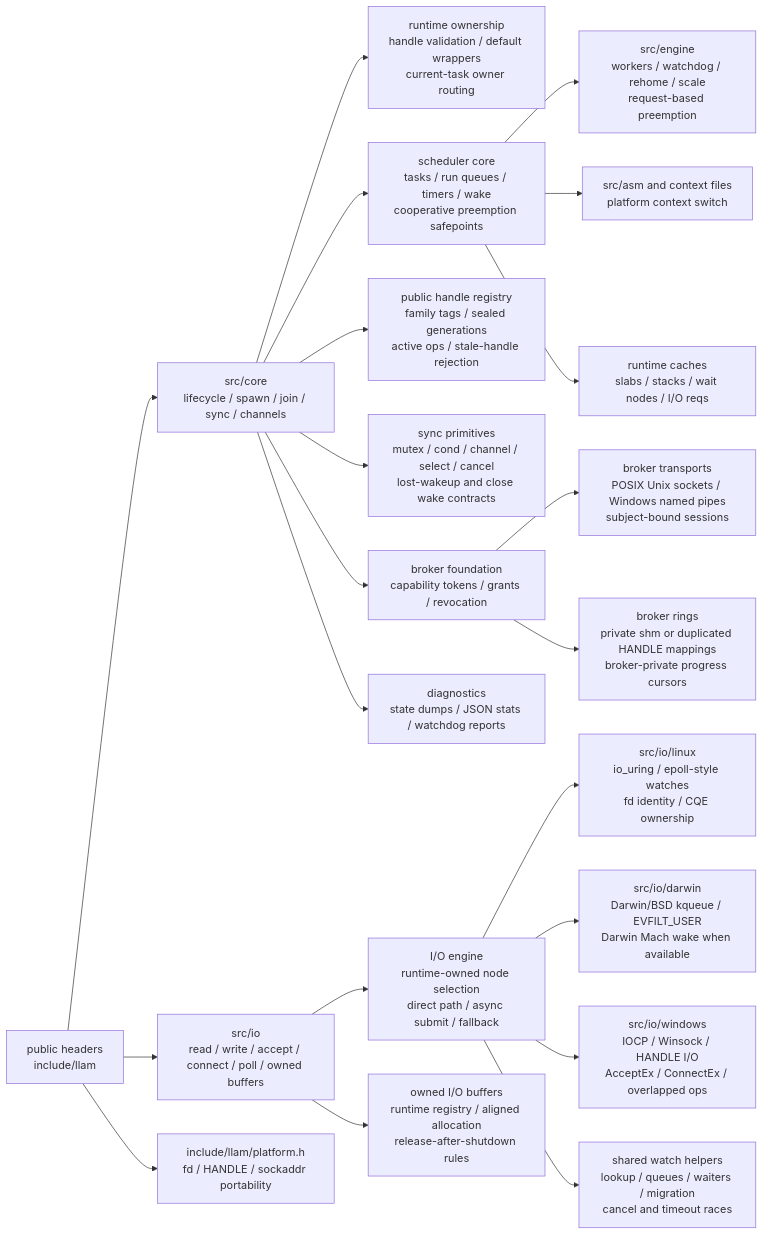
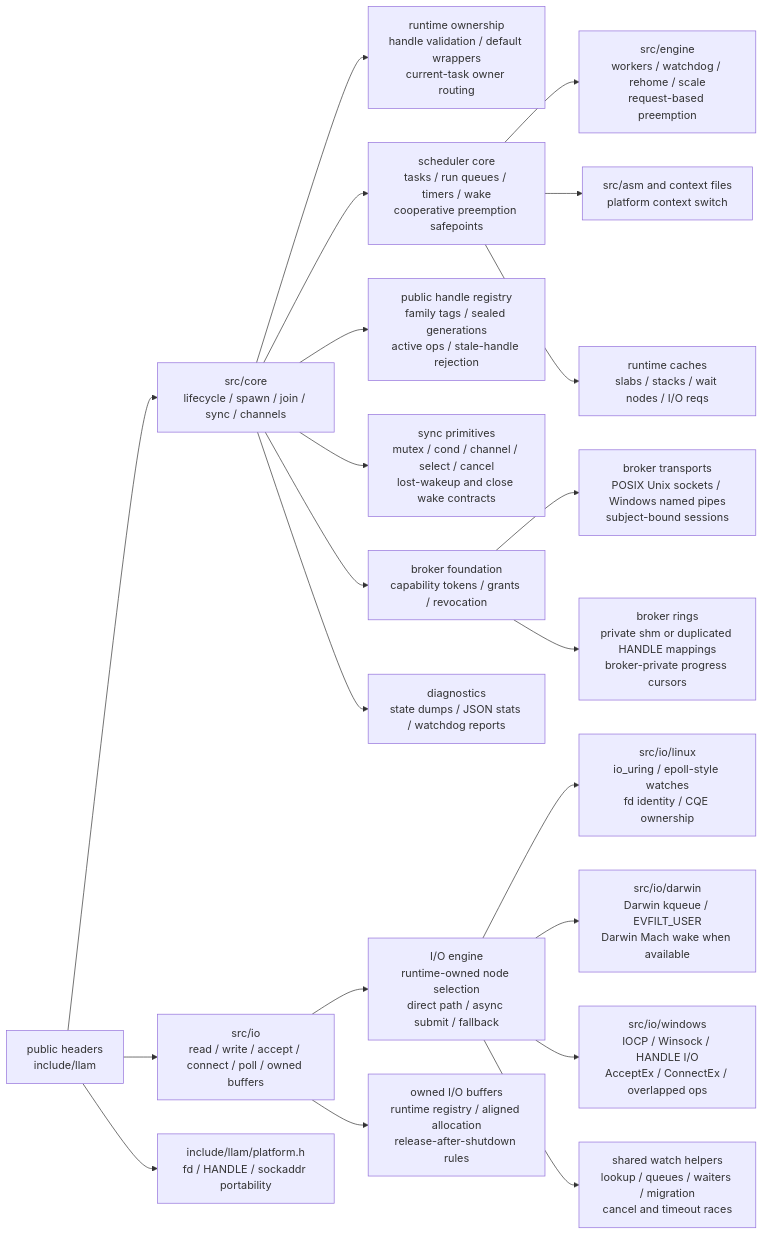
Before and after one commit to Feralthedogg/LLAM: the second of 4 diagrams in README.md, drawn with Mermaid. The commit also changed other lines of this file and 952 other files, not shown here.

````diff
--- a/README.md
+++ b/README.md
@@ -1295,27 +1286,27 @@
 ```mermaid
 flowchart LR
     PublicAPI["public headers\ninclude/llam"] --> CoreAPI["src/core\nlifecycle / spawn / join / sync / channels"]
     PublicAPI --> IOAPI["src/io\nread / write / accept / connect / poll / owned buffers"]
     PublicAPI --> PlatformAPI["include/llam/platform.h\nfd / HANDLE / sockaddr portability"]
 
     CoreAPI --> RuntimeOwner["runtime ownership\nhandle validation / default wrappers\ncurrent-task owner routing"]
     CoreAPI --> Scheduler["scheduler core\ntasks / run queues / timers / wake\ncooperative preemption safepoints"]
     CoreAPI --> Handles["public handle registry\nfamily tags / sealed generations\nactive ops / stale-handle rejection"]
     CoreAPI --> Sync["sync primitives\nmutex / cond / channel / select / cancel\nlost-wakeup and close wake contracts"]
     CoreAPI --> BrokerCore["broker foundation\ncapability tokens / grants / revocation"]
     CoreAPI --> RuntimeDebug["diagnostics\nstate dumps / JSON stats / watchdog reports"]
 
     Scheduler --> Engine["src/engine\nworkers / watchdog / rehome / scale\nrequest-based preemption"]
     Scheduler --> ASM["src/asm and context files\nplatform context switch"]
     Scheduler --> Alloc["runtime caches\nslabs / stacks / wait nodes / I/O reqs"]
 
     IOAPI --> IOEngine["I/O engine\nruntime-owned node selection\ndirect path / async submit / fallback"]
     IOAPI --> OwnedBuffers["owned I/O buffers\nruntime registry / aligned allocation\nrelease-after-shutdown rules"]
     IOEngine --> Linux["src/io/linux\nio_uring / epoll-style watches\nfd identity / CQE ownership"]
-    IOEngine --> Kqueue["src/io/darwin\nDarwin/BSD kqueue / EVFILT_USER\nDarwin Mach wake when available"]
+    IOEngine --> Kqueue["src/io/darwin\nDarwin kqueue / EVFILT_USER\nDarwin Mach wake when available"]
     IOEngine --> Windows["src/io/windows\nIOCP / Winsock / HANDLE I/O\nAcceptEx / ConnectEx / overlapped ops"]
     IOEngine --> WatchCommon["shared watch helpers\nlookup / queues / waiters / migration\ncancel and timeout races"]
 
     BrokerCore --> BrokerTransport["broker transports\nPOSIX Unix sockets / Windows named pipes\nsubject-bound sessions"]
     BrokerCore --> BrokerRing["broker rings\nprivate shm or duplicated HANDLE mappings\nbroker-private progress cursors"]
 ```
````
